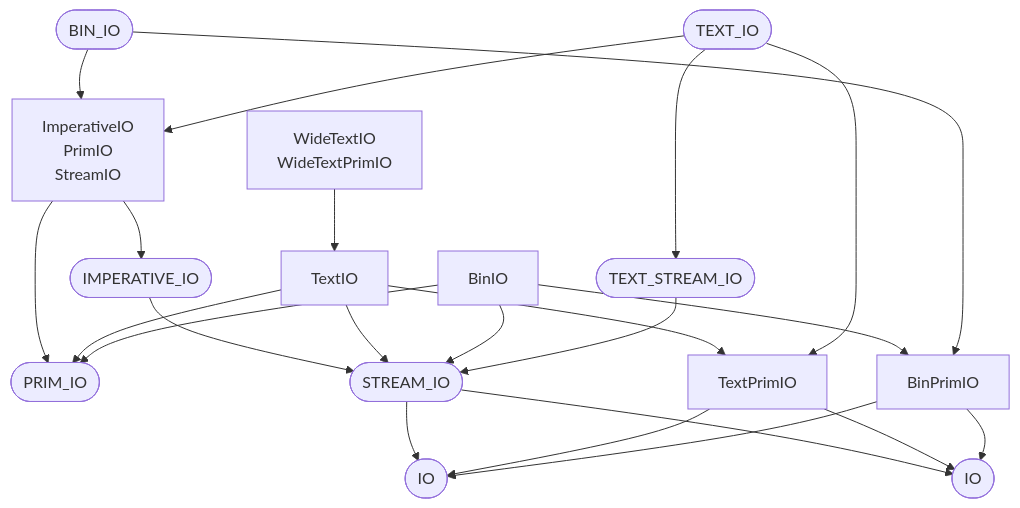
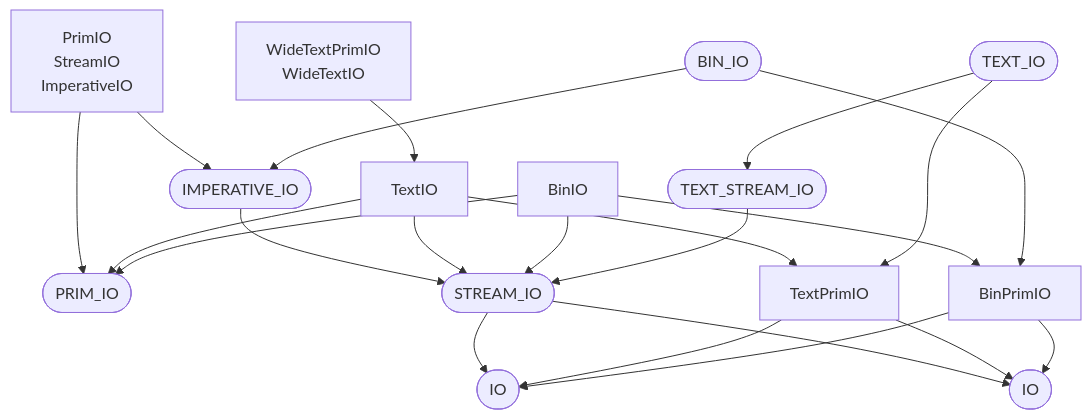
Before and after one commit to ruudkoot/rune: the eighth of 9 diagrams in docs/generated/basis/depends.md, drawn with Mermaid. The commit also changed other lines of this file and 8 other files, not shown here.

````diff
--- a/docs/generated/basis/depends.md
+++ b/docs/generated/basis/depends.md
@@ -387,39 +390,38 @@
 ```mermaid
 flowchart TD
   n66(["IO"])
   n67(["PRIM_IO"])
   n68(["STREAM_IO"])
   n69["TextPrimIO"]
   n70["BinPrimIO"]
   n72(["IMPERATIVE_IO"])
-  n73["ImperativeIO<br>PrimIO<br>StreamIO"]
+  n73["PrimIO<br>StreamIO<br>ImperativeIO"]
   n74["TextIO"]
   n76["BinIO"]
-  n90(["BIN_IO"])
-  n102(["IO"])
-  n123(["TEXT_STREAM_IO"])
-  n133(["TEXT_IO"])
-  n147["WideTextIO<br>WideTextPrimIO"]
-  n68 --> n102
+  n100(["BIN_IO"])
+  n112(["IO"])
+  n133(["TEXT_STREAM_IO"])
+  n143(["TEXT_IO"])
+  n157["WideTextPrimIO<br>WideTextIO"]
+  n68 --> n112
   n68 --> n66
-  n69 --> n102
+  n69 --> n112
   n69 --> n66
-  n70 --> n102
+  n70 --> n112
   n70 --> n66
   n72 --> n68
   n73 --> n72
   n73 --> n67
   n74 --> n68
   n74 --> n67
   n74 --> n69
   n76 --> n70
   n76 --> n68
   n76 --> n67
-  n90 --> n70
-  n90 --> n73
-  n123 --> n68
-  n133 --> n73
-  n133 --> n123
-  n133 --> n69
-  n147 --> n74
+  n100 --> n70
+  n100 --> n72
+  n133 --> n68
+  n143 --> n133
+  n143 --> n69
+  n157 --> n74
 ```
````
